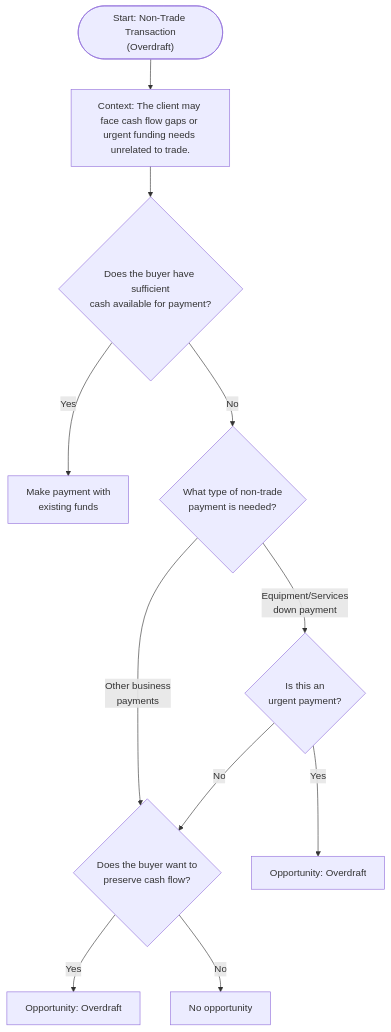
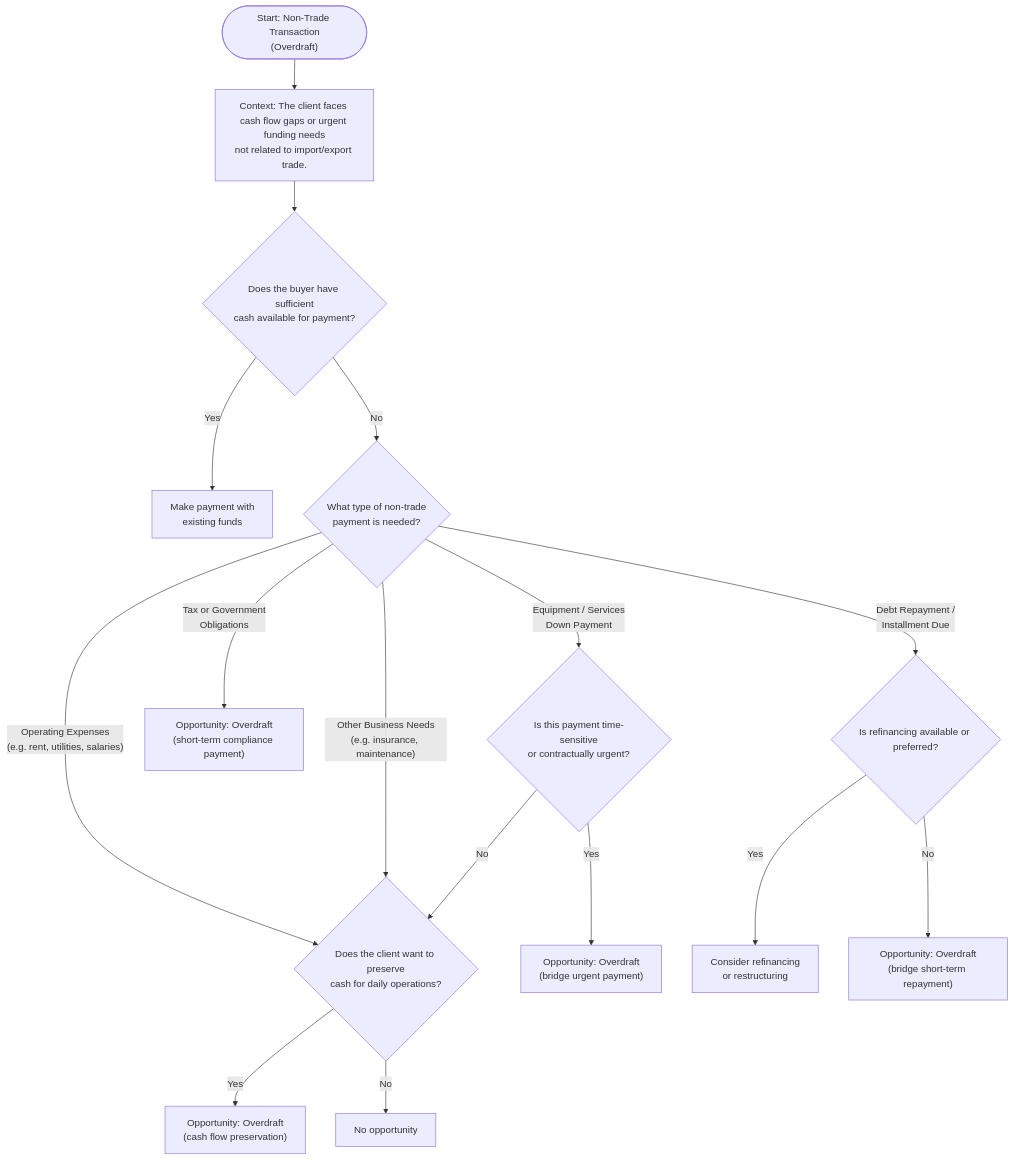
The diagram in tvc_decision_trees/loan_non_trade_tree.md/overdraft_tree.md (sage-develop/why), drawn with Mermaid before and after one commit. The commit also changed 1 other file, not shown here.

Commit message:
update context and overdraft old version

````diff
--- a/tvc_decision_trees/loan_non_trade_tree.md/overdraft_tree.md
+++ b/tvc_decision_trees/loan_non_trade_tree.md/overdraft_tree.md
@@ -25,13 +25,18 @@
 ```mermaid
 flowchart TD
-   Start(["Start: Non-Trade Transaction<br>(Overdraft)"]) --> Context["Context: The client may face cash flow gaps or urgent funding needs unrelated to trade."]
-   Context --> Q1{"Does the buyer have sufficient<br>cash available for payment?"}
-   Q1 -- Yes --> End1["Make payment with<br>existing funds"]
-   Q1 -- No --> Q2{"What type of non-trade<br>payment is needed?"}
-   Q2 -- Equipment/Services<br>down payment --> Q3{"Is this an<br>urgent payment?"}
-   Q2 -- Other business<br>payments --> Q4{"Does the buyer want to<br>preserve cash flow?"}
-   Q3 -- Yes --> P1["Opportunity: Overdraft"]
-   Q3 -- No --> Q4
-   Q4 -- Yes --> P2["Opportunity: Overdraft"]
-   Q4 -- No --> End2["No opportunity"]
+    Start(["Start: Non-Trade Transaction<br>(Overdraft)"]) --> Context["Context: The client faces cash flow gaps or urgent funding needs<br>not related to import/export trade."]
+    Context --> Q1{"Does the buyer have sufficient<br>cash available for payment?"}
+    Q1 -- Yes --> End1["Make payment with<br>existing funds"]
+    Q1 -- No --> Q2{"What type of non-trade<br>payment is needed?"}
+    Q2 -- Equipment / Services<br>Down Payment --> Q3{"Is this payment time-sensitive<br>or contractually urgent?"}
+    Q2 -- "Operating Expenses<br>(e.g. rent, utilities, salaries)" --> Q4{"Does the client want to preserve<br>cash for daily operations?"}
+    Q2 -- Tax or Government<br>Obligations --> P1["Opportunity: Overdraft<br>(short-term compliance payment)"]
+    Q2 -- Debt Repayment /<br>Installment Due --> Q5{"Is refinancing available or preferred?"}
+    Q2 -- "Other Business Needs<br>(e.g. insurance, maintenance)" --> Q4
+    Q3 -- Yes --> P1a["Opportunity: Overdraft<br>(bridge urgent payment)"]
+    Q3 -- No --> Q4
+    Q4 -- Yes --> P2["Opportunity: Overdraft<br>(cash flow preservation)"]
+    Q4 -- No --> End2["No opportunity<br>"]
+    Q5 -- Yes --> End3["Consider refinancing<br>or restructuring"]
+    Q5 -- No --> P1b["Opportunity: Overdraft<br>(bridge short-term repayment)"]
 ```
````
